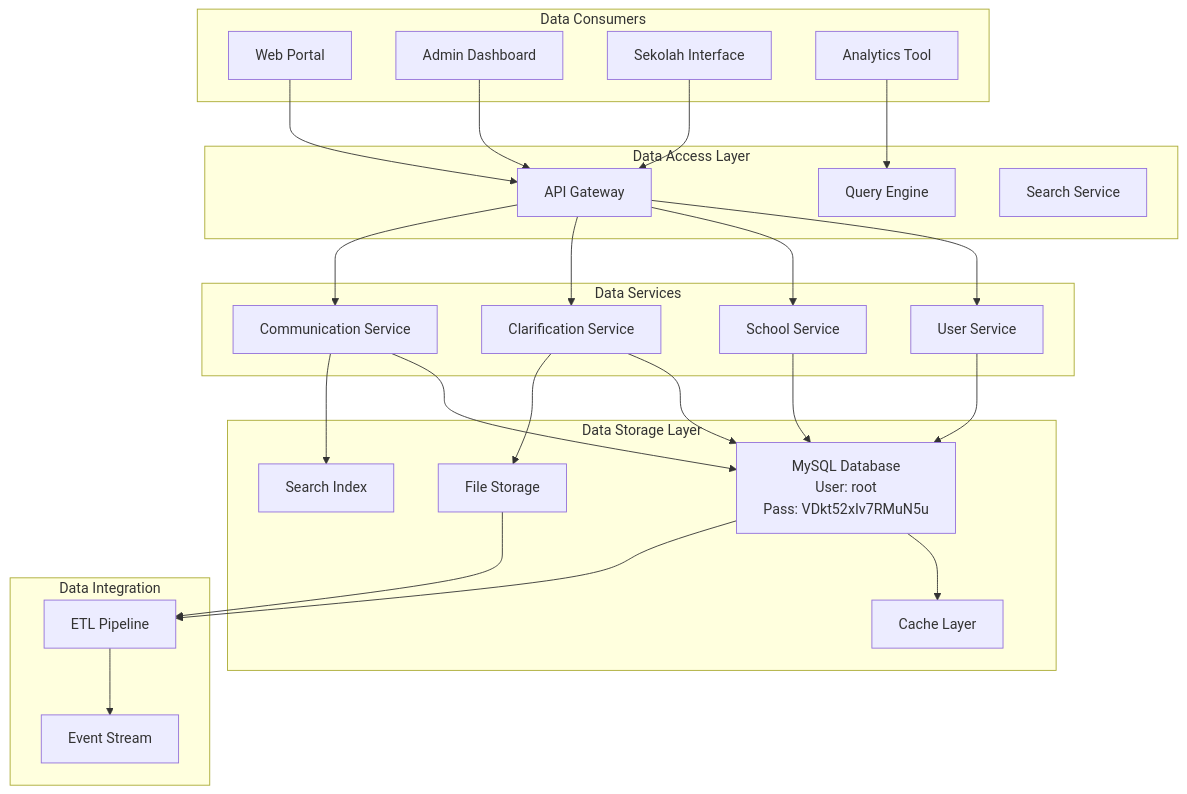
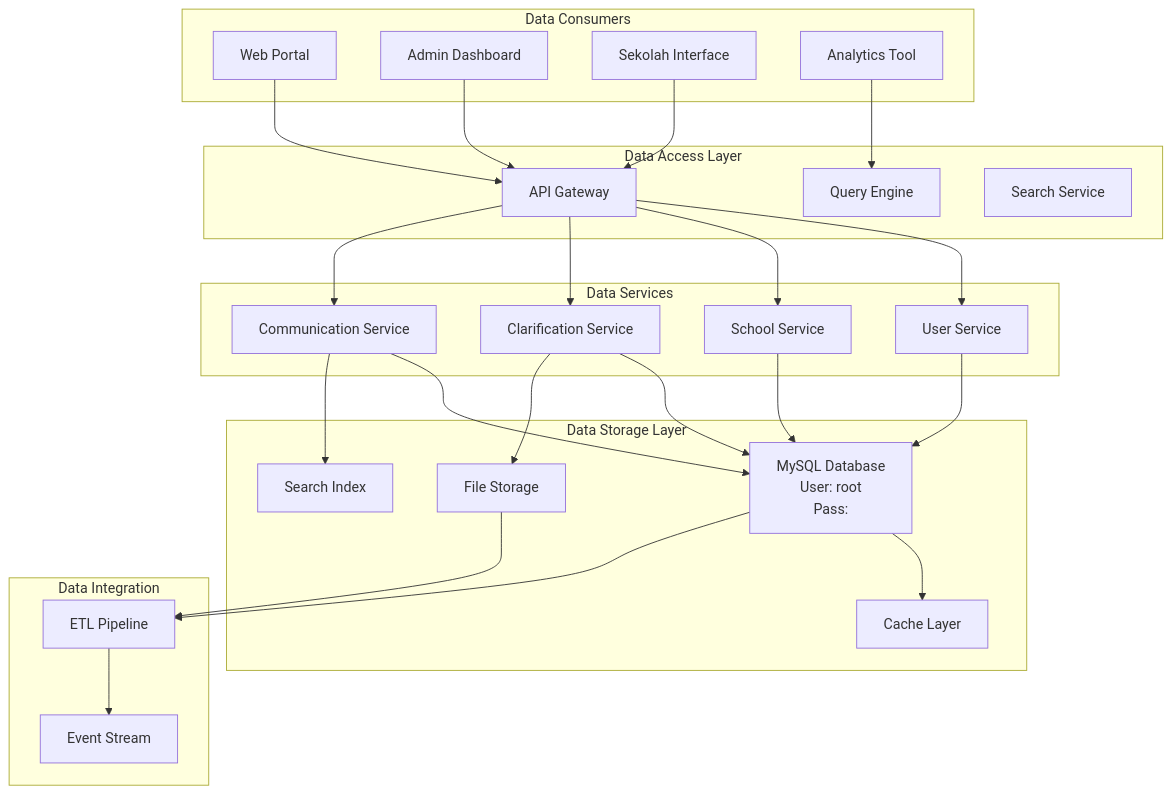
Before and after one commit to alibungker/superapp: the fourth of 6 diagrams in akks/akks_Data_Architecture_Document(DAD).md, drawn with Mermaid. The commit also changed other lines of this file, not shown here.

````diff
--- a/akks/akks_Data_Architecture_Document(DAD).md
+++ b/akks/akks_Data_Architecture_Document(DAD).md
@@ -438,53 +438,53 @@
 ```mermaid
 graph TB
     subgraph "Data Consumers"
         A[Web Portal]
         B[Admin Dashboard]
         C[Sekolah Interface]
         D[Analytics Tool]
     end
     
     subgraph "Data Access Layer"
         E[API Gateway]
         F[Query Engine]
         G[Search Service]
     end
     
     subgraph "Data Services"
         H[User Service]
         I[School Service]
         J[Clarification Service]
         K[Communication Service]
     end
     
     subgraph "Data Storage Layer"
-        L[MySQL Database<br/>User: root<br/>Pass: VDkt52xIv7RMuN5u]
+        L[MySQL Database<br/>User: root<br/>Pass: ]
         M[File Storage]
         N[Cache Layer]
         O[Search Index]
     end
     
     subgraph "Data Integration"
         P[ETL Pipeline]
         Q[Event Stream]
     end
     
     A --> E
     B --> E
     C --> E
     D --> F
     E --> H
     E --> I
     E --> J
     E --> K
     H --> L
     I --> L
     J --> L
     K --> L
     L --> N
     J --> M
     K --> O
     L --> P
     M --> P
     P --> Q
 ```
````
